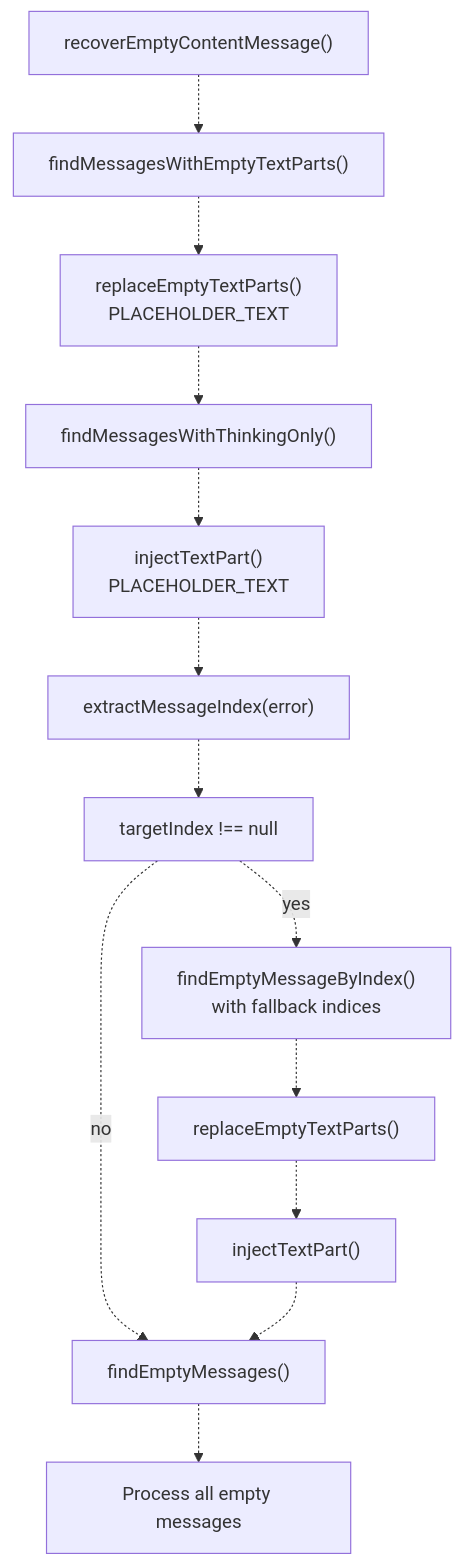
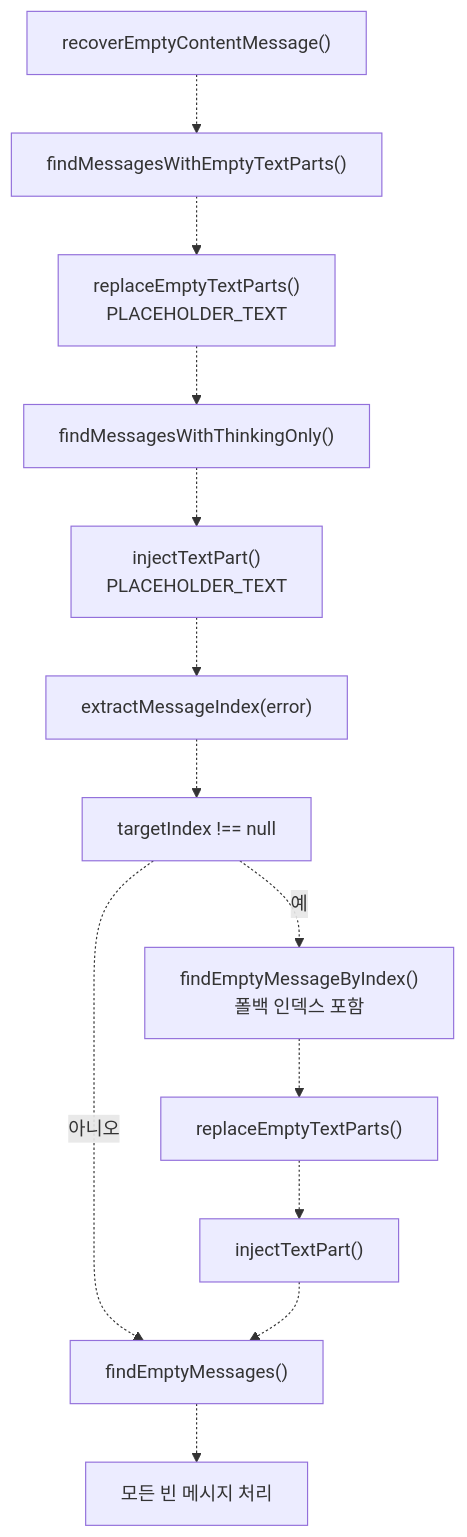
One commit to felipetruman/oh-my-opencode-docs changed the sixth of 8 diagrams in docs/reliability/session-recovery.md. Above: the diagram before and after it, drawn with Mermaid. The commit also changed other lines of this file and 76 other files, not shown here.

````diff
--- a/docs/reliability/session-recovery.md
+++ b/docs/reliability/session-recovery.md
@@ -283,29 +280,29 @@
 ```mermaid
 flowchart TD
 
 Start["recoverEmptyContentMessage()"]
 ExtractIdx["extractMessageIndex(error)"]
 FindEmpty["findMessagesWithEmptyTextParts()"]
 ReplaceEmpty["replaceEmptyTextParts()<br>PLACEHOLDER_TEXT"]
 FindThinking["findMessagesWithThinkingOnly()"]
 InjectText["injectTextPart()<br>PLACEHOLDER_TEXT"]
 CheckIdx["targetIndex !== null"]
-FindByIdx["findEmptyMessageByIndex()<br>with fallback indices"]
+FindByIdx["findEmptyMessageByIndex()<br>폴백 인덱스 포함"]
 TryReplace["replaceEmptyTextParts()"]
 TryInject["injectTextPart()"]
 FindAll["findEmptyMessages()"]
-ProcessAll["Process all empty messages"]
+ProcessAll["모든 빈 메시지 처리"]
 
 Start -.-> FindEmpty
 FindEmpty -.-> ReplaceEmpty
 ReplaceEmpty -.-> FindThinking
 FindThinking -.-> InjectText
 InjectText -.-> ExtractIdx
 ExtractIdx -.-> CheckIdx
-CheckIdx -.->|"yes"| FindByIdx
-CheckIdx -.->|"no"| FindAll
+CheckIdx -.->|"예"| FindByIdx
+CheckIdx -.->|"아니오"| FindAll
 FindByIdx -.-> TryReplace
 TryReplace -.-> TryInject
 TryInject -.-> FindAll
 FindAll -.-> ProcessAll
 ```
````
